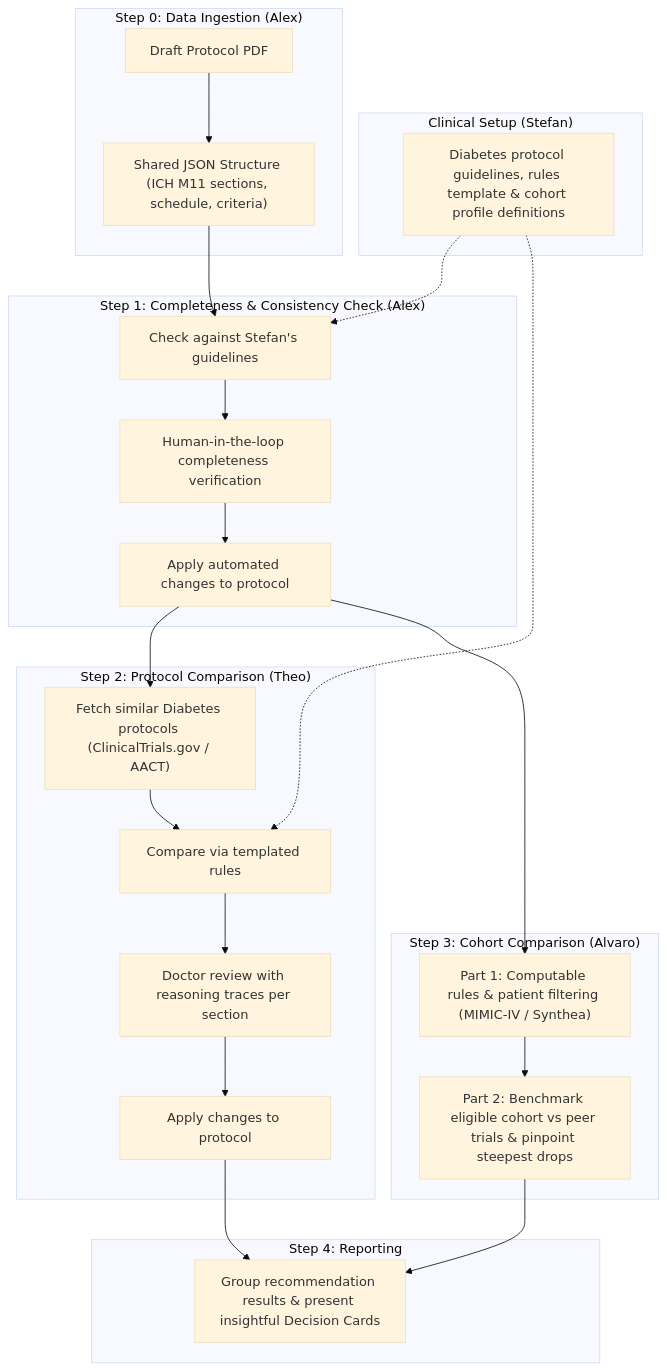
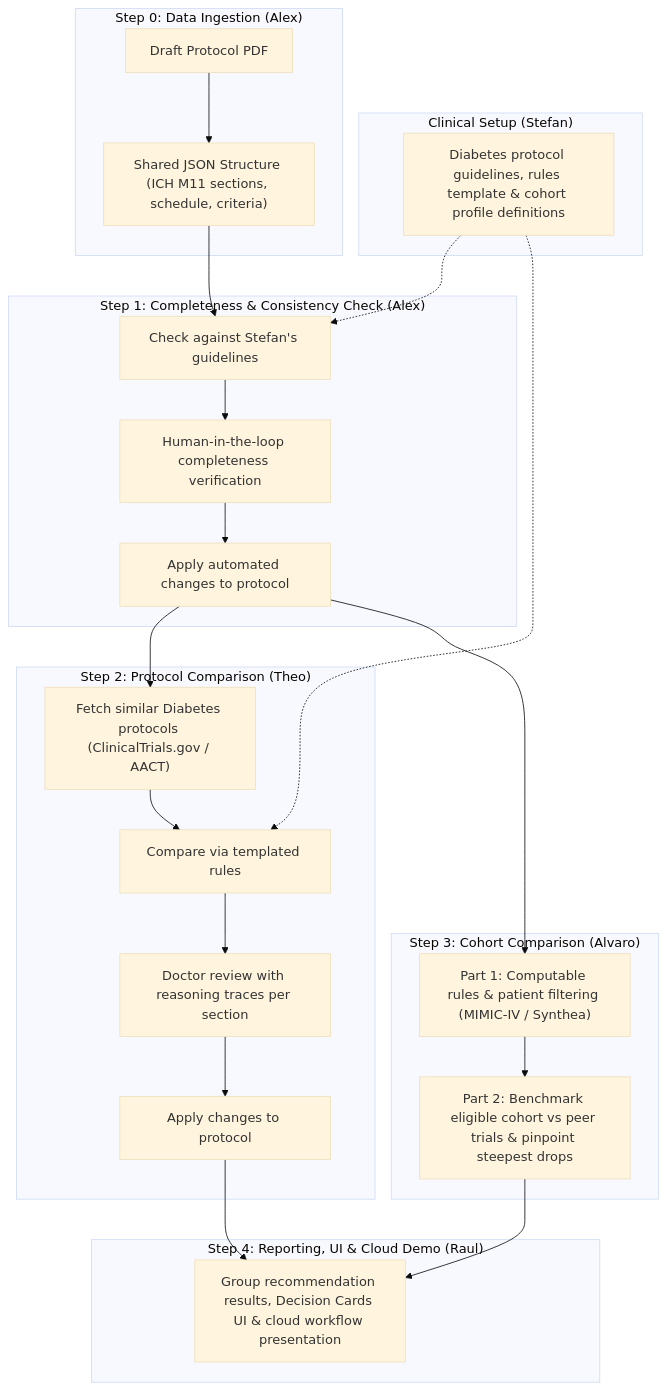
The diagram in PROJECT.md (elmerescandon/spanish-ai-agentverse), drawn with Mermaid (base theme) before and after one commit. The commit also changed other lines of this file and 1 other file, not shown here.

Commit message:
remove setup from README.md and assign Step 4 reporting, UI and cloud demo to Raul

````diff
--- a/PROJECT.md
+++ b/PROJECT.md
@@ -22,37 +22,37 @@
 ```mermaid
 flowchart TD
     subgraph Setup["Clinical Setup (Stefan)"]
         S1["Diabetes protocol guidelines, rules template & cohort profile definitions"]
     end
 
     subgraph Step0["Step 0: Data Ingestion (Alex)"]
         P0["Draft Protocol PDF"] --> P1["Shared JSON Structure (ICH M11 sections, schedule, criteria)"]
     end
 
     subgraph Step1["Step 1: Completeness & Consistency Check (Alex)"]
         C1["Check against Stefan's guidelines"] --> C2["Human-in-the-loop completeness verification"]
         C2 --> C3["Apply automated changes to protocol"]
     end
 
     subgraph Step2["Step 2: Protocol Comparison (Theo)"]
         T1["Fetch similar Diabetes protocols (ClinicalTrials.gov / AACT)"] --> T2["Compare via templated rules"]
         T2 --> T3["Doctor review with reasoning traces per section"]
         T3 --> T4["Apply changes to protocol"]
     end
 
     subgraph Step3["Step 3: Cohort Comparison (Alvaro)"]
         A1["Part 1: Computable rules & patient filtering (MIMIC-IV / Synthea)"] --> A2["Part 2: Benchmark eligible cohort vs peer trials & pinpoint steepest drops"]
     end
 
-    subgraph Step4["Step 4: Reporting"]
-        R1["Group recommendation results & present insightful Decision Cards"]
+    subgraph Step4["Step 4: Reporting, UI & Cloud Demo (Raul)"]
+        R1["Group recommendation results, Decision Cards UI & cloud workflow presentation"]
     end
 
     S1 -.-> C1
     S1 -.-> T2
     P1 --> C1
     C3 --> T1
     C3 --> A1
     T4 --> R1
     A2 --> R1
 ```
````
